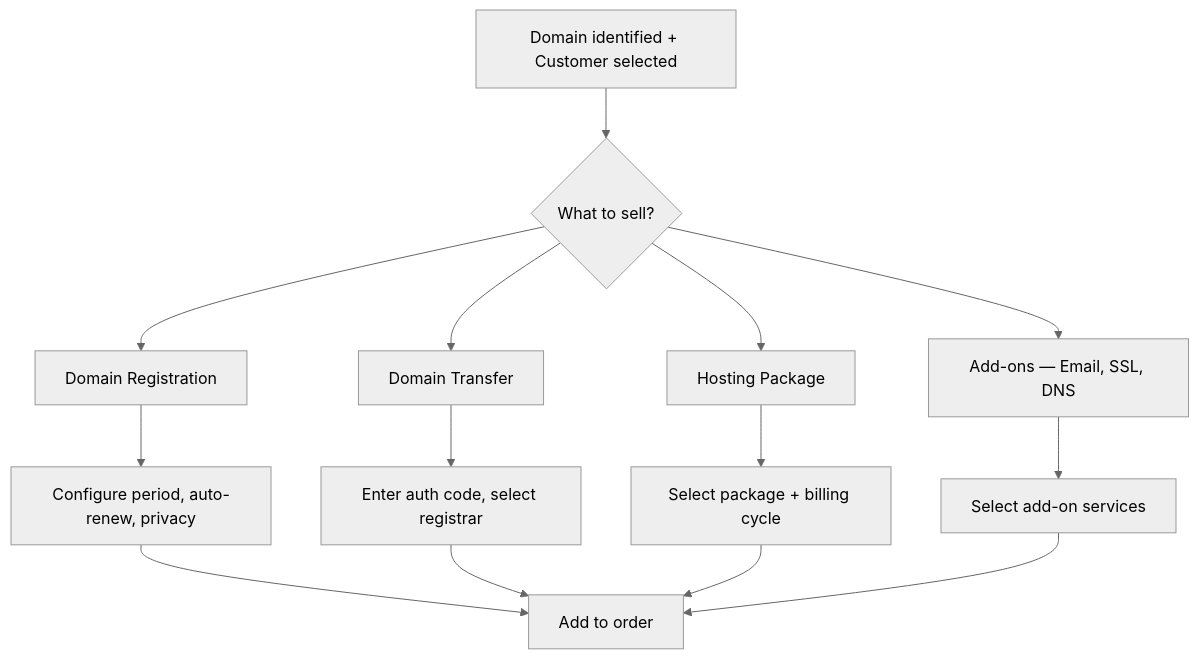
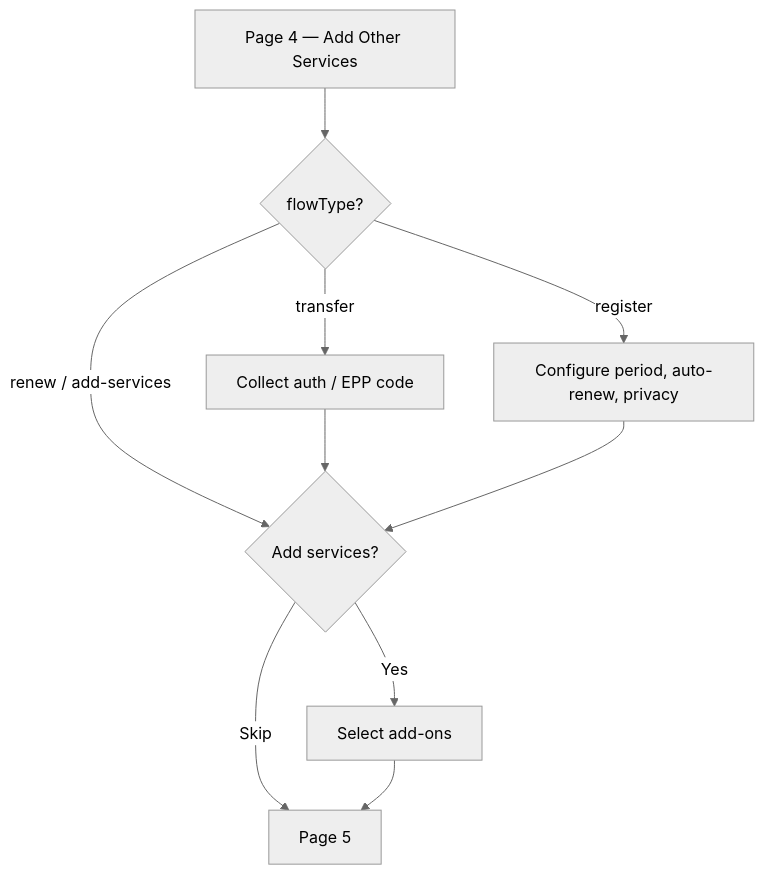
The fifth of 9 diagrams in Documentation/SalesWorkflow.md (hansos/DR_Admin), drawn with Mermaid (neutral theme) before and after one commit. The commit also changed other lines of this file and 1 other file, not shown here.

First line of the commit message:
Add detailed SalesWorkflow documentation for reseller flow

````diff
--- a/Documentation/SalesWorkflow.md
+++ b/Documentation/SalesWorkflow.md
@@ -125,16 +185,12 @@
 ```mermaid
 flowchart TD
-    A["Domain identified + Customer selected"] --> B{"What to sell?"}
-    B --> C["Domain Registration"]
-    B --> D["Domain Transfer"]
-    B --> E["Hosting Package"]
-    B --> F["Add-ons — Email, SSL, DNS"]
-    C --> G["Configure period, auto-renew, privacy"]
-    D --> H["Enter auth code, select registrar"]
-    E --> I["Select package + billing cycle"]
-    F --> J["Select add-on services"]
-    G --> K["Add to order"]
-    H --> K
-    I --> K
-    J --> K
+    A["Page 4 — Add Other Services"] --> T{"flowType?"}
+    T -->|transfer| F["Collect auth / EPP code"]
+    T -->|register| R["Configure period, auto-renew, privacy"]
+    T -->|renew / add-services| B
+    F --> B{"Add services?"}
+    R --> B
+    B -->|Yes| C["Select add-ons"]
+    B -->|Skip| D["Page 5"]
+    C --> D
 ```
````
